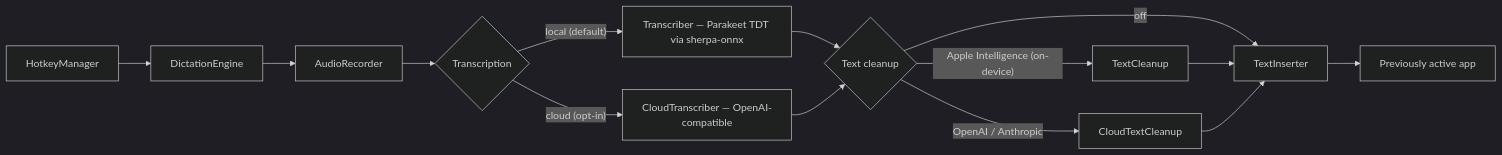
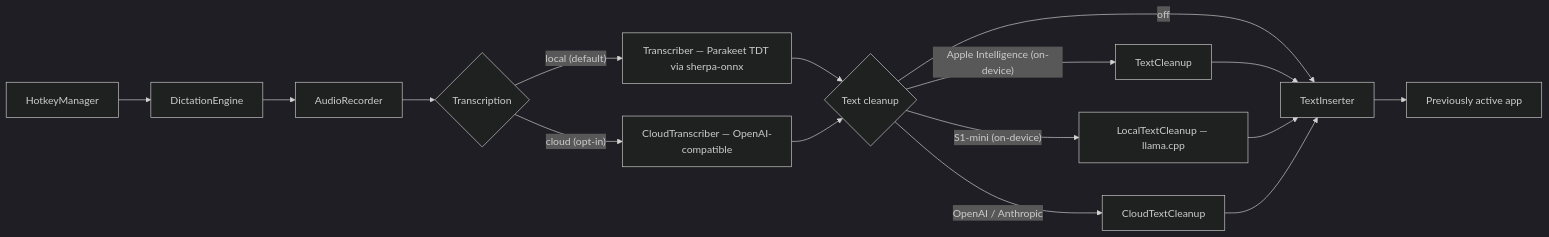
Before and after one commit to Edamame-Labs/hold-to-talk: the first of 2 diagrams in README.md, drawn with Mermaid (dark theme). The commit also changed other lines of this file and 22 other files, not shown here.

First line of the commit message:
Add on-device text cleanup with S1-mini, independent of Apple Intelligence

````diff
--- a/README.md
+++ b/README.md
@@ -105,16 +108,18 @@
 ```mermaid
 flowchart LR
     HK[HotkeyManager] --> DE[DictationEngine]
     DE --> AR[AudioRecorder]
     AR --> TR{"Transcription"}
     TR -->|"local (default)"| PT["Transcriber — Parakeet TDT via sherpa-onnx"]
     TR -->|"cloud (opt-in)"| CT["CloudTranscriber — OpenAI-compatible"]
     PT --> CL{"Text cleanup"}
     CT --> CL
     CL -->|"Apple Intelligence (on-device)"| TC[TextCleanup]
+    CL -->|"S1-mini (on-device)"| LC["LocalTextCleanup — llama.cpp"]
     CL -->|"OpenAI / Anthropic"| CC[CloudTextCleanup]
     CL -->|"off"| TI[TextInserter]
     TC --> TI
+    LC --> TI
     CC --> TI
     TI --> APP["Previously active app"]
 ```
````
